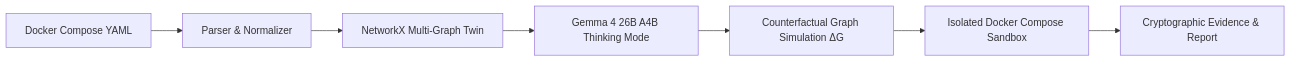
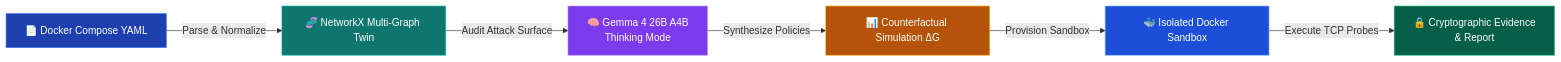
Before and after one commit to Muaviatanveer/sentinental-twin: the diagram in README.md, drawn with Mermaid. The commit also changed other lines of this file and 5 other files, not shown here.

Commit message:
feat: add animated README with hero banner, mermaid diagrams, comparison tables & custom favicon

````diff
--- a/README.md
+++ b/README.md
@@ -28,9 +116,15 @@
 ```mermaid
 flowchart LR
-    A[Docker Compose YAML] --> B[Parser & Normalizer]
-    B --> C[NetworkX Multi-Graph Twin]
-    C --> D[Gemma 4 26B A4B Thinking Mode]
-    D --> E[Counterfactual Graph Simulation ΔG]
-    E --> F[Isolated Docker Compose Sandbox]
-    F --> G[Cryptographic Evidence & Report]
+    A["📄 Docker Compose YAML"] -->|"Parse & Normalize"| B["🧬 NetworkX Multi-Graph Twin"]
+    B -->|"Audit Attack Surface"| C["🧠 Gemma 4 26B A4B<br/>Thinking Mode"]
+    C -->|"Synthesize Policies"| D["📊 Counterfactual Simulation ΔG"]
+    D -->|"Provision Sandbox"| E["🐳 Isolated Docker Sandbox"]
+    E -->|"Execute TCP Probes"| F["🔒 Cryptographic Evidence<br/>& Report"]
+    
+    style A fill:#1E40AF,stroke:#3B82F6,color:#fff
+    style B fill:#0F766E,stroke:#14B8A6,color:#fff
+    style C fill:#7C3AED,stroke:#A78BFA,color:#fff
+    style D fill:#B45309,stroke:#F59E0B,color:#fff
+    style E fill:#1D4ED8,stroke:#60A5FA,color:#fff
+    style F fill:#065F46,stroke:#10B981,color:#fff
 ```
````
